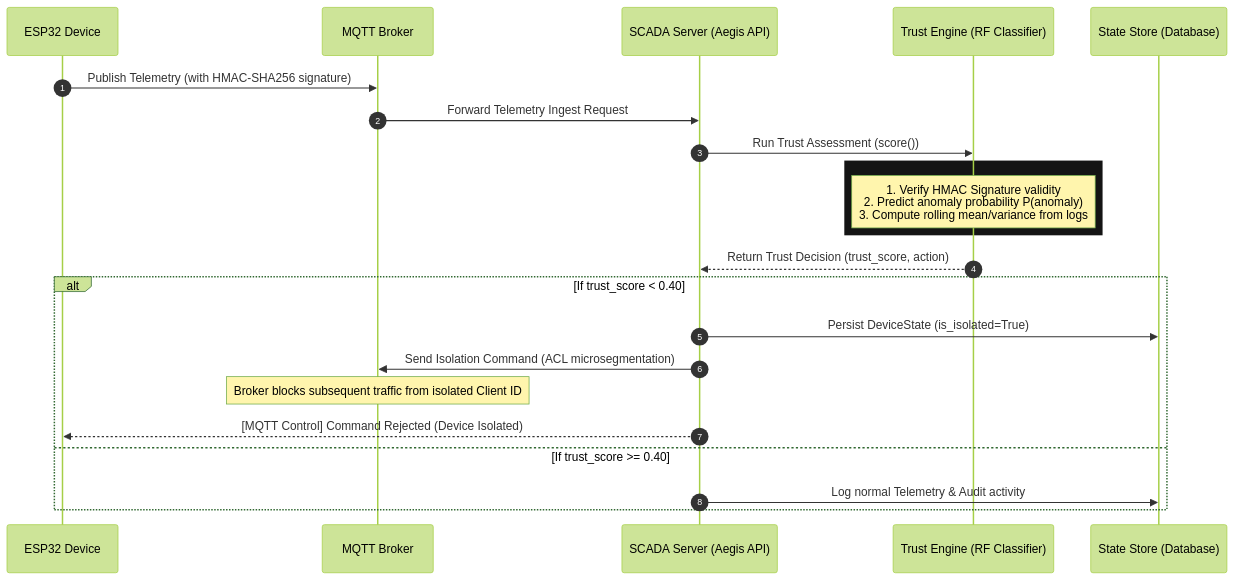
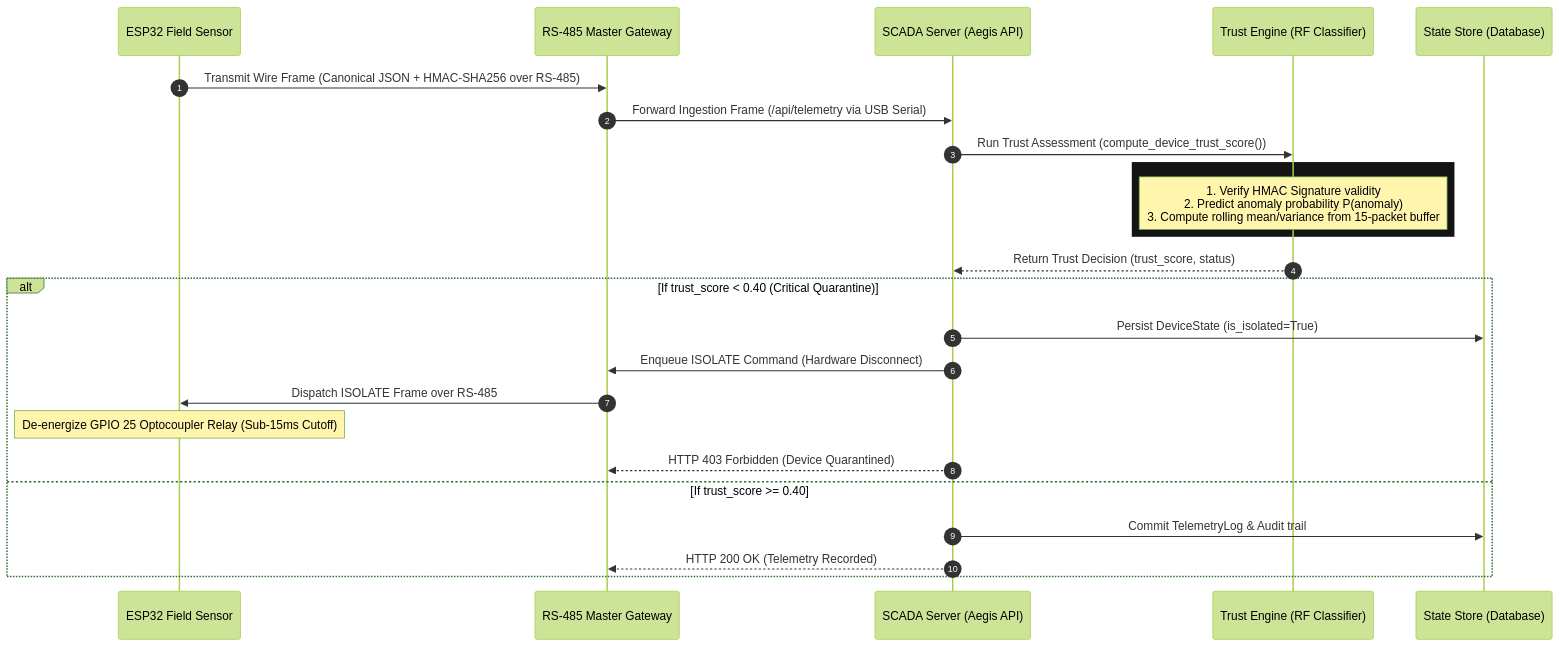
One commit to anshulec23-cloud/aegis-ics changed the diagram in docs/trust_scoring.md. Above: the diagram before and after it, drawn with Mermaid (forest theme). The commit also changed other lines of this file and 62 other files, not shown here.

````diff
--- a/docs/trust_scoring.md
+++ b/docs/trust_scoring.md
@@ -68,28 +68,30 @@
 ```mermaid
 sequenceDiagram
     autonumber
-    participant Device as ESP32 Device
-    participant Broker as MQTT Broker
+    participant Device as ESP32 Field Sensor
+    participant Gateway as RS-485 Master Gateway
     participant Server as SCADA Server (Aegis API)
     participant Engine as Trust Engine (RF Classifier)
     participant DB as State Store (Database)
 
-    Device->>Broker: Publish Telemetry (with HMAC-SHA256 signature)
-    Broker->>Server: Forward Telemetry Ingest Request
-    Server->>Engine: Run Trust Assessment (score())
+    Device->>Gateway: Transmit Wire Frame (Canonical JSON + HMAC-SHA256 over RS-485)
+    Gateway->>Server: Forward Ingestion Frame (/api/telemetry via USB Serial)
+    Server->>Engine: Run Trust Assessment (compute_device_trust_score())
 
     rect rgb(20, 20, 20)
-        Note over Engine: 1. Verify HMAC Signature validity<br/>2. Predict anomaly probability P(anomaly)<br/>3. Compute rolling mean/variance from logs
+        Note over Engine: 1. Verify HMAC Signature validity<br/>2. Predict anomaly probability P(anomaly)<br/>3. Compute rolling mean/variance from 15-packet buffer
     end
 
-    Engine-->>Server: Return Trust Decision (trust_score, action)
+    Engine-->>Server: Return Trust Decision (trust_score, status)
 
-    alt If trust_score < 0.40
+    alt If trust_score < 0.40 (Critical Quarantine)
         Server->>DB: Persist DeviceState (is_isolated=True)
-        Server->>Broker: Send Isolation Command (ACL microsegmentation)
-        Note over Broker: Broker blocks subsequent traffic from isolated Client ID
-        Server-->>Device: [MQTT Control] Command Rejected (Device Isolated)
+        Server->>Gateway: Enqueue ISOLATE Command (Hardware Disconnect)
+        Gateway->>Device: Dispatch ISOLATE Frame over RS-485
+        Note over Device: De-energize GPIO 25 Optocoupler Relay (Sub-15ms Cutoff)
+        Server-->>Gateway: HTTP 403 Forbidden (Device Quarantined)
     else If trust_score >= 0.40
-        Server->>DB: Log normal Telemetry & Audit activity
+        Server->>DB: Commit TelemetryLog & Audit trail
+        Server-->>Gateway: HTTP 200 OK (Telemetry Recorded)
     end
 ```
````
